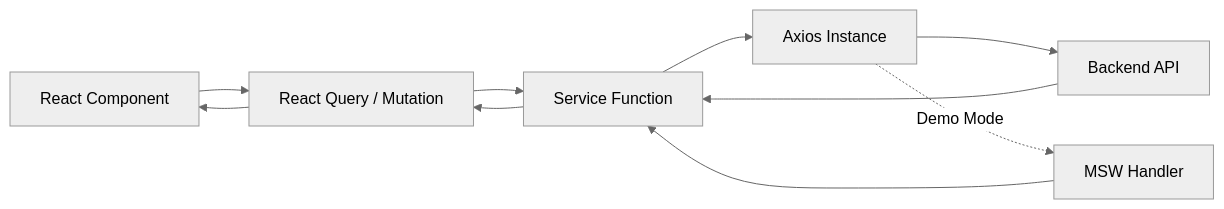
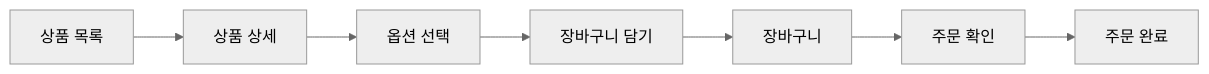
The diagram in README.md (minjuko/kakao-shopping-frontend), drawn with Mermaid (neutral theme) before and after one commit. The commit also changed other lines of this file, not shown here.

````diff
--- a/README.md
+++ b/README.md
@@ -76,12 +24,9 @@
 ```mermaid
 flowchart LR
-    UI[React Component] --> Q[React Query / Mutation]
-    Q --> S[Service Function]
-    S --> A[Axios Instance]
-    A --> API[Backend API]
-    A -. Demo Mode .-> MSW[MSW Handler]
-    API --> S
-    MSW --> S
-    S --> Q
-    Q --> UI
+    Main[상품 목록] --> Detail[상품 상세]
+    Detail --> Option[옵션 선택]
+    Option --> Add[장바구니 담기]
+    Add --> Cart[장바구니]
+    Cart --> Order[주문 확인]
+    Order --> Complete[주문 완료]
 ```
````
